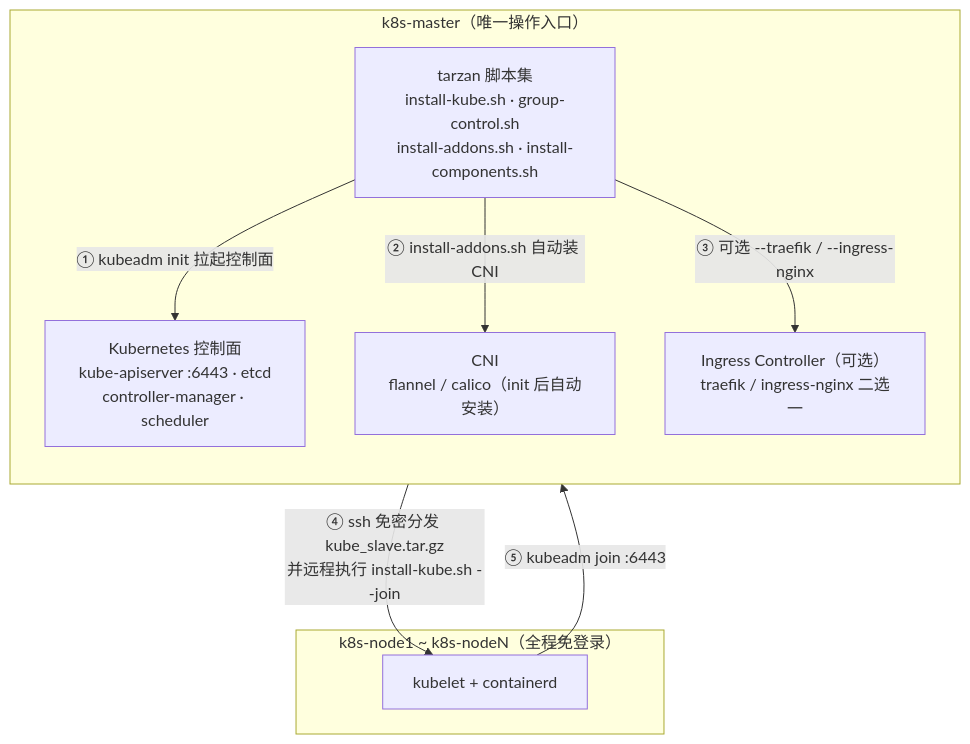
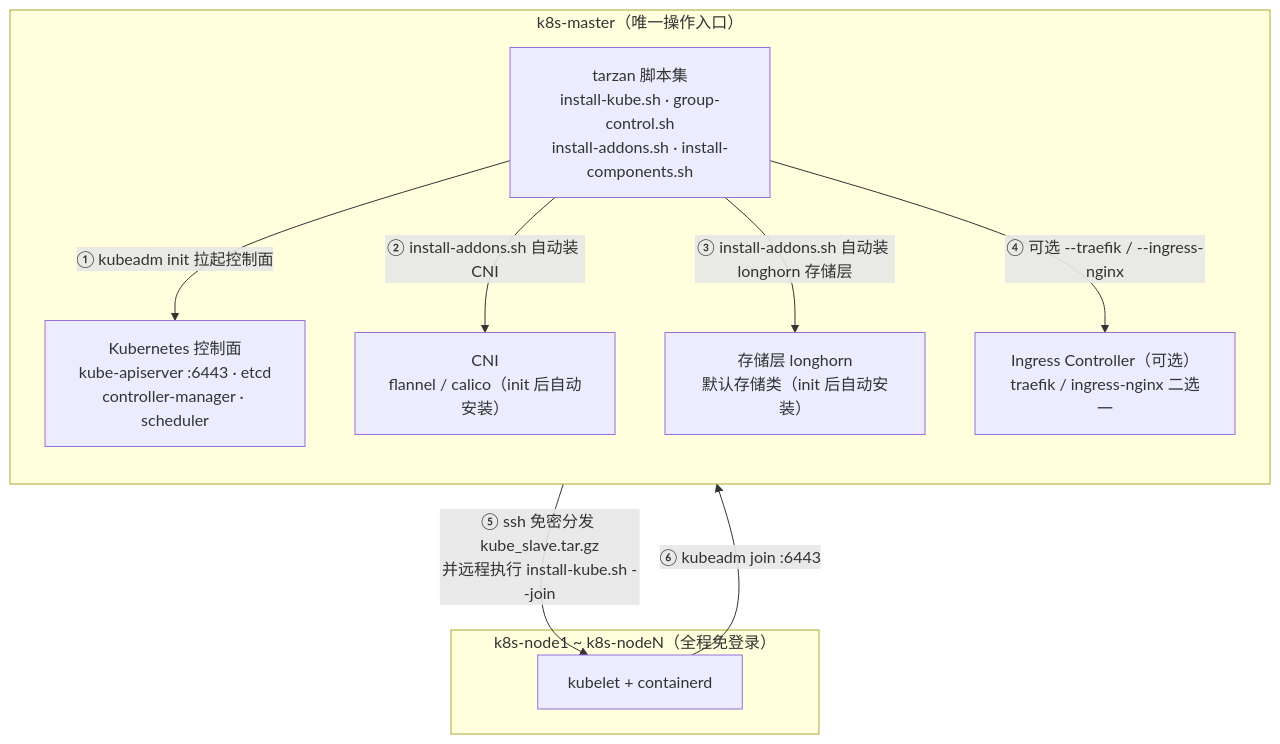
Before and after one commit to kamalyes/tarzan: the first of 2 diagrams in README.md, drawn with Mermaid. The commit also changed other lines of this file and 2 other files, not shown here.

Commit message:
:sparkles: feat: longhorn提为集群必装存储层&重装节点指纹自清理
- init_master 链新增 install_storage_plugin, 初始化顺序变为 CNI -> longhorn -> ingress, 业务组件/openobserve/traefik acme 的 PVC 不再 Pending(install-kube.sh)
- README 架构图/流程图/文字流程同步 longhorn 存储层(README.md)
- 免密公钥分发前自动清理 known_hosts 旧指纹, 重装系统的机器主机指纹变化不再卡死公钥分发(common.sh)

longhorn必装&known_hosts旧指纹自清理

````diff
--- a/README.md
+++ b/README.md
@@ -9,20 +9,22 @@
 ```mermaid
 graph TB
     subgraph MASTER["k8s-master（唯一操作入口）"]
         direction TB
         SCRIPTS["tarzan 脚本集<br/>install-kube.sh · group-control.sh<br/>install-addons.sh · install-components.sh"]
         CP["Kubernetes 控制面<br/>kube-apiserver :6443 · etcd<br/>controller-manager · scheduler"]
         CNI["CNI<br/>flannel / calico（init 后自动安装）"]
+        STO["存储层 longhorn<br/>默认存储类（init 后自动安装）"]
         ING["Ingress Controller（可选）<br/>traefik / ingress-nginx 二选一"]
     end
 
     subgraph SLAVES["k8s-node1 ~ k8s-nodeN（全程免登录）"]
         NODE["kubelet + containerd"]
     end
 
     SCRIPTS -- "① kubeadm init 拉起控制面" --> CP
     SCRIPTS -- "② install-addons.sh 自动装 CNI" --> CNI
-    SCRIPTS -- "③ 可选 --traefik / --ingress-nginx" --> ING
-    SCRIPTS -- "④ ssh 免密分发 kube_slave.tar.gz<br/>并远程执行 install-kube.sh --join" --> NODE
-    NODE -- "⑤ kubeadm join :6443" --> CP
+    SCRIPTS -- "③ install-addons.sh 自动装 longhorn 存储层" --> STO
+    SCRIPTS -- "④ 可选 --traefik / --ingress-nginx" --> ING
+    SCRIPTS -- "⑤ ssh 免密分发 kube_slave.tar.gz<br/>并远程执行 install-kube.sh --join" --> NODE
+    NODE -- "⑥ kubeadm join :6443" --> CP
 ```
````
